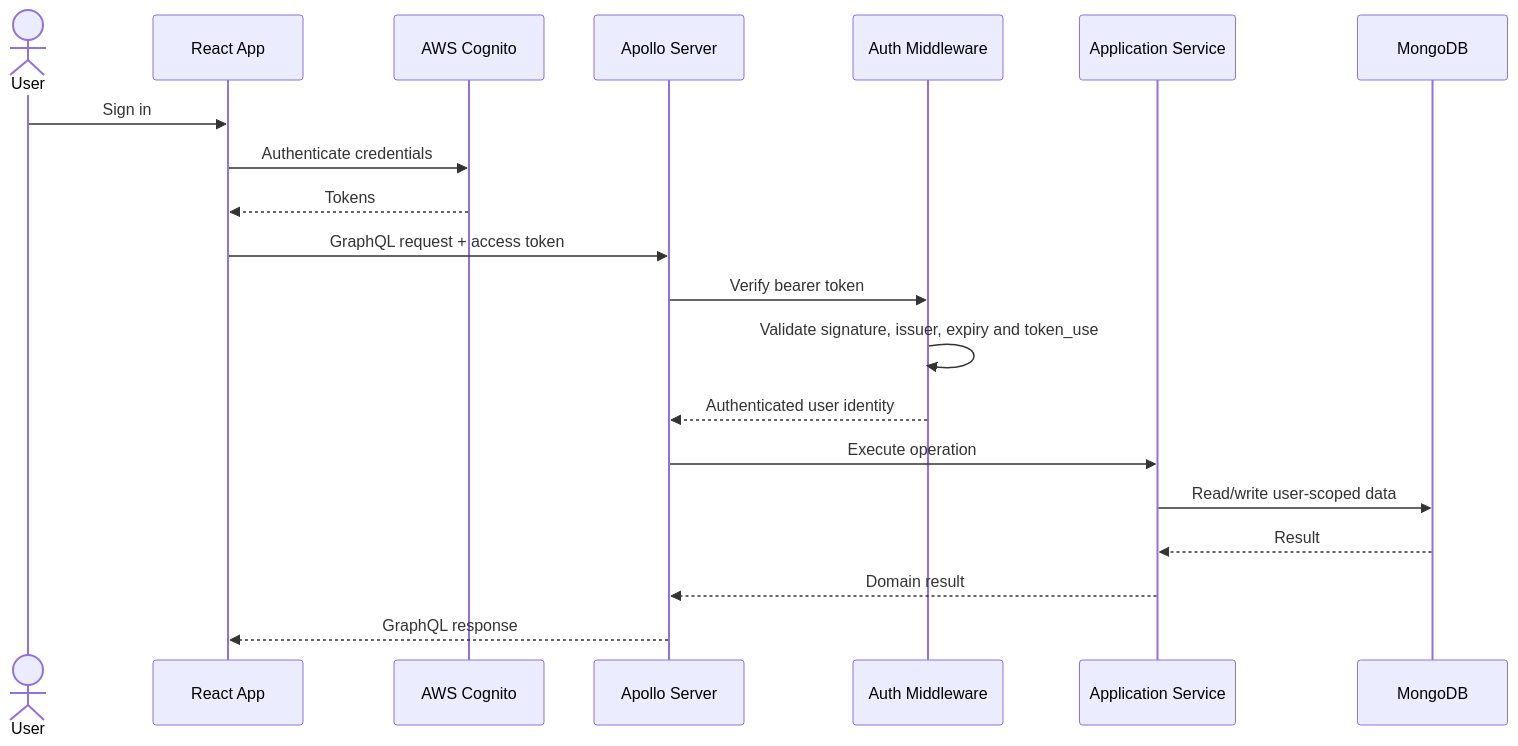
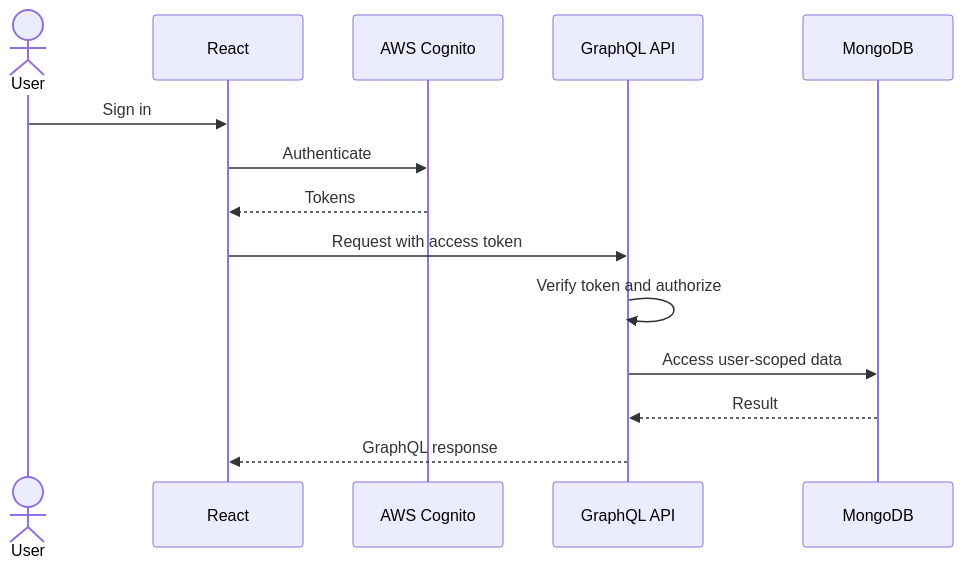
Before and after one commit to Andresha56/post-it: the second of 3 diagrams in README.md, drawn with Mermaid. The commit also changed other lines of this file, not shown here.

````diff
--- a/README.md
+++ b/README.md
@@ -192,23 +67,17 @@
-``` mermaid
+```mermaid
 sequenceDiagram
     actor User
-    participant UI as React App
+    participant UI as React
     participant Cognito as AWS Cognito
-    participant API as Apollo Server
-    participant Auth as Auth Middleware
-    participant Service as Application Service
+    participant API as GraphQL API
     participant DB as MongoDB
 
     User->>UI: Sign in
-    UI->>Cognito: Authenticate credentials
+    UI->>Cognito: Authenticate
     Cognito-->>UI: Tokens
-    UI->>API: GraphQL request + access token
-    API->>Auth: Verify bearer token
-    Auth->>Auth: Validate signature, issuer, expiry and token_use
-    Auth-->>API: Authenticated user identity
-    API->>Service: Execute operation
-    Service->>DB: Read/write user-scoped data
-    DB-->>Service: Result
-    Service-->>API: Domain result
+    UI->>API: Request with access token
+    API->>API: Verify token and authorize
+    API->>DB: Access user-scoped data
+    DB-->>API: Result
     API-->>UI: GraphQL response
 ```
````
